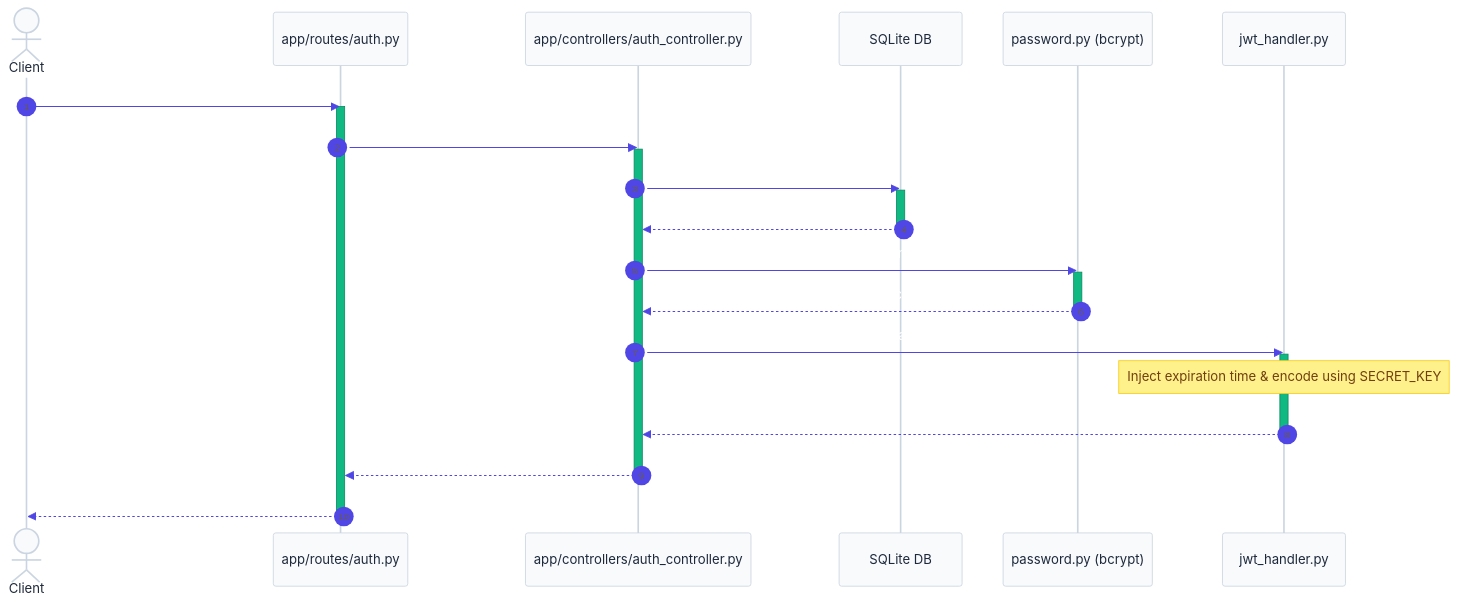
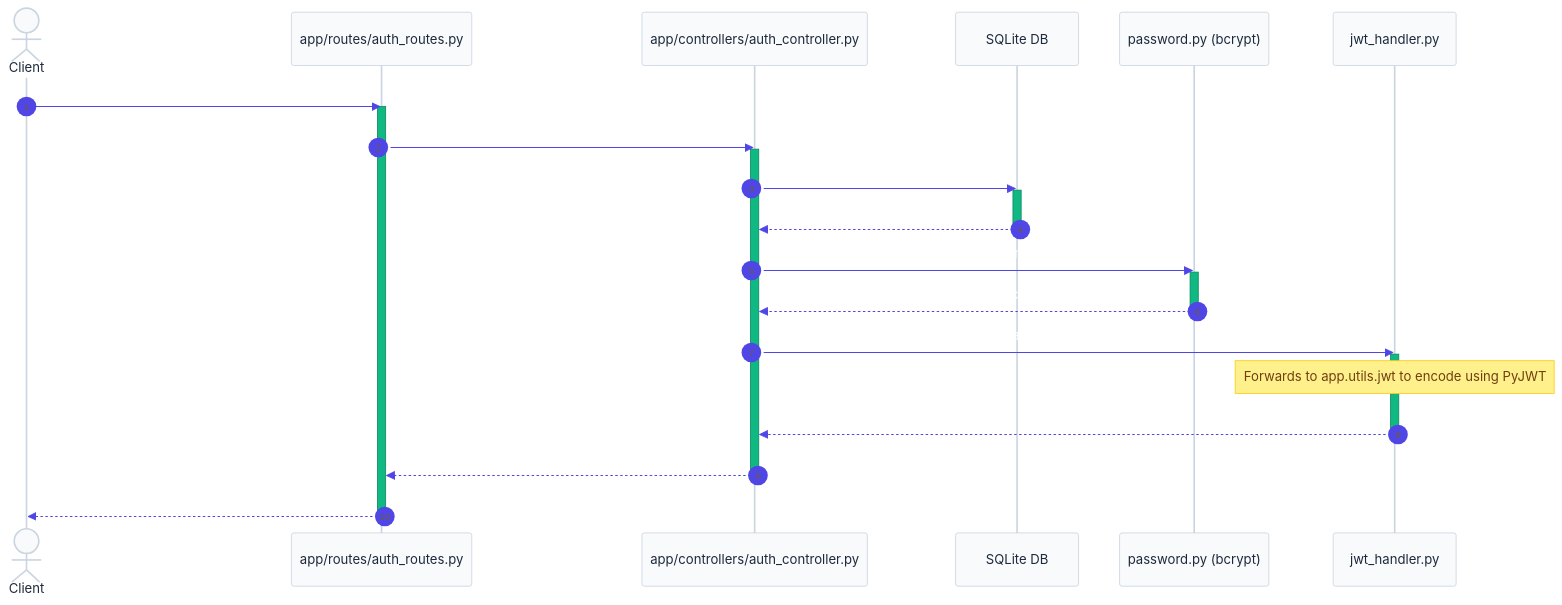
One commit to nakul-cloud/ecommerce-api changed the first of 2 diagrams in app/auth/README.md. Above: the diagram before and after it, drawn with Mermaid. The commit also changed other lines of this file and 22 other files, not shown here.

Commit message:
feat: scaffold API architecture with authentication, custom exceptions, controllers, and utility modules.

````diff
--- a/app/auth/README.md
+++ b/app/auth/README.md
@@ -22,33 +22,33 @@
 ```mermaid
 %%{init: {'theme': 'base', 'themeVariables': {'primaryColor': '#4f46e5', 'primaryTextColor': '#ffffff', 'primaryBorderColor': '#3730a3', 'lineColor': '#94a3b8', 'secondaryColor': '#10b981', 'tertiaryColor': '#f59e0b', 'background': '#ffffff', 'mainBkg': '#f8fafc', 'nodeBorder': '#cbd5e1', 'nodeTextColor': '#1e293b', 'textColor': '#ffffff', 'titleColor': '#ffffff', 'edgeLabelBackground': '#1e293b', 'clusterBkg': '#f1f5f9', 'clusterBorder': '#e2e8f0', 'actorBkg': '#f8fafc', 'actorBorder': '#cbd5e1', 'actorTextColor': '#1e293b', 'signalColor': '#4f46e5', 'signalTextColor': '#ffffff', 'labelColor': '#ffffff', 'loopTextColor': '#ffffff', 'noteBkgColor': '#fef08a', 'noteBorderColor': '#facc15', 'noteTextColor': '#713f12'}}}%%
 sequenceDiagram
     autonumber
     actor Client
-    participant Router as app/routes/auth.py
+    participant Router as app/routes/auth_routes.py
     participant Controller as app/controllers/auth_controller.py
     participant DB as SQLite DB
     participant Pass as password.py (bcrypt)
     participant JWT as jwt_handler.py
 
-    Client->>Router: POST /auth/login (username & password)
+    Client->>Router: POST /api/v1/auth/login (username & password)
     activate Router
-    Router->>Controller: login_user(form_data)
+    Router->>Controller: login(form_data)
     activate Controller
     Controller->>DB: SELECT password hash for email
     activate DB
     DB-->>Controller: Return user record
     deactivate DB
     Controller->>Pass: verify_password(plain, hash)
     activate Pass
     Pass-->>Controller: Return True (Matches)
     deactivate Pass
     Controller->>JWT: create_access_token(data)
     activate JWT
-    Note over JWT: Inject expiration time & encode using SECRET_KEY
+    Note over JWT: Forwards to app.utils.jwt to encode using PyJWT
     JWT-->>Controller: Return JWT string
     deactivate JWT
-    Controller-->>Router: Return TokenResponse (access_token)
+    Controller-->>Router: Return TokenResponse (access_token, token_type)
     deactivate Controller
     Router-->>Client: HTTP 200 OK + JWT Access Token
     deactivate Router
 ```
````
